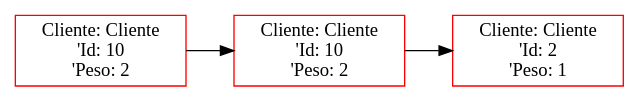
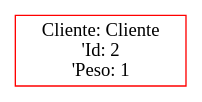
The diagram in Proyecto1/Proyecto1_202200089/Main/grande.dot (FranklinONP/EDD_PROYECTO_202200089), drawn with Graphviz before and after one commit. The commit also changed 13 other files, not shown here.

```diff
--- a/Proyecto1/Proyecto1_202200089/Main/grande.dot
+++ b/Proyecto1/Proyecto1_202200089/Main/grande.dot
@@ -1,8 +1,4 @@
  digraph G {
  rankdir=LR;
- node0 [label="Cliente: Cliente\n'Id: 10\n'Peso: 2", color="red", shape="rectangle"];
- node1 [label="Cliente: Cliente\n'Id: 10\n'Peso: 2", color="red", shape="rectangle"];
- node0 -> node1 [dir="forward"];
- node2 [label="Cliente: Cliente\n'Id: 2\n'Peso: 1", color="red", shape="rectangle"];
- node1 -> node2 [dir="forward"];
+ node0 [label="Cliente: Cliente\n'Id: 2\n'Peso: 1", color="red", shape="rectangle"];
  }
```
